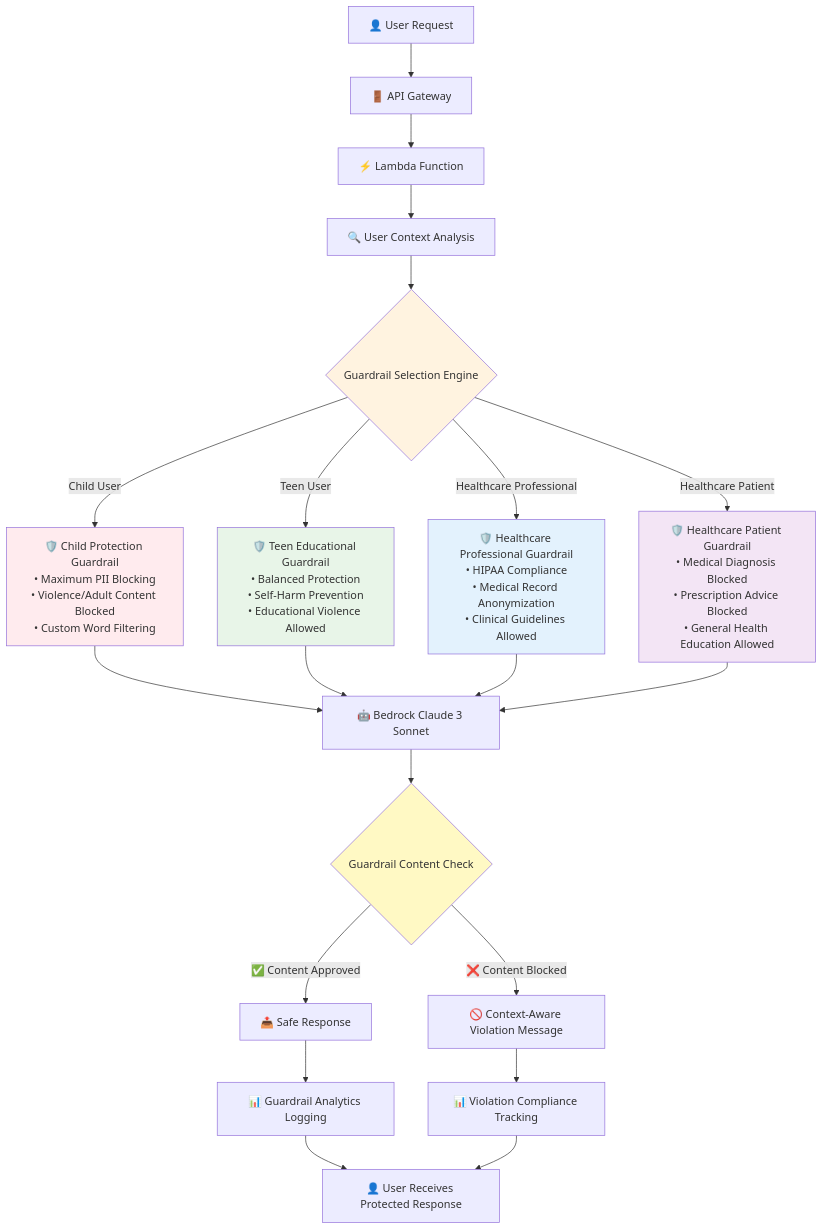
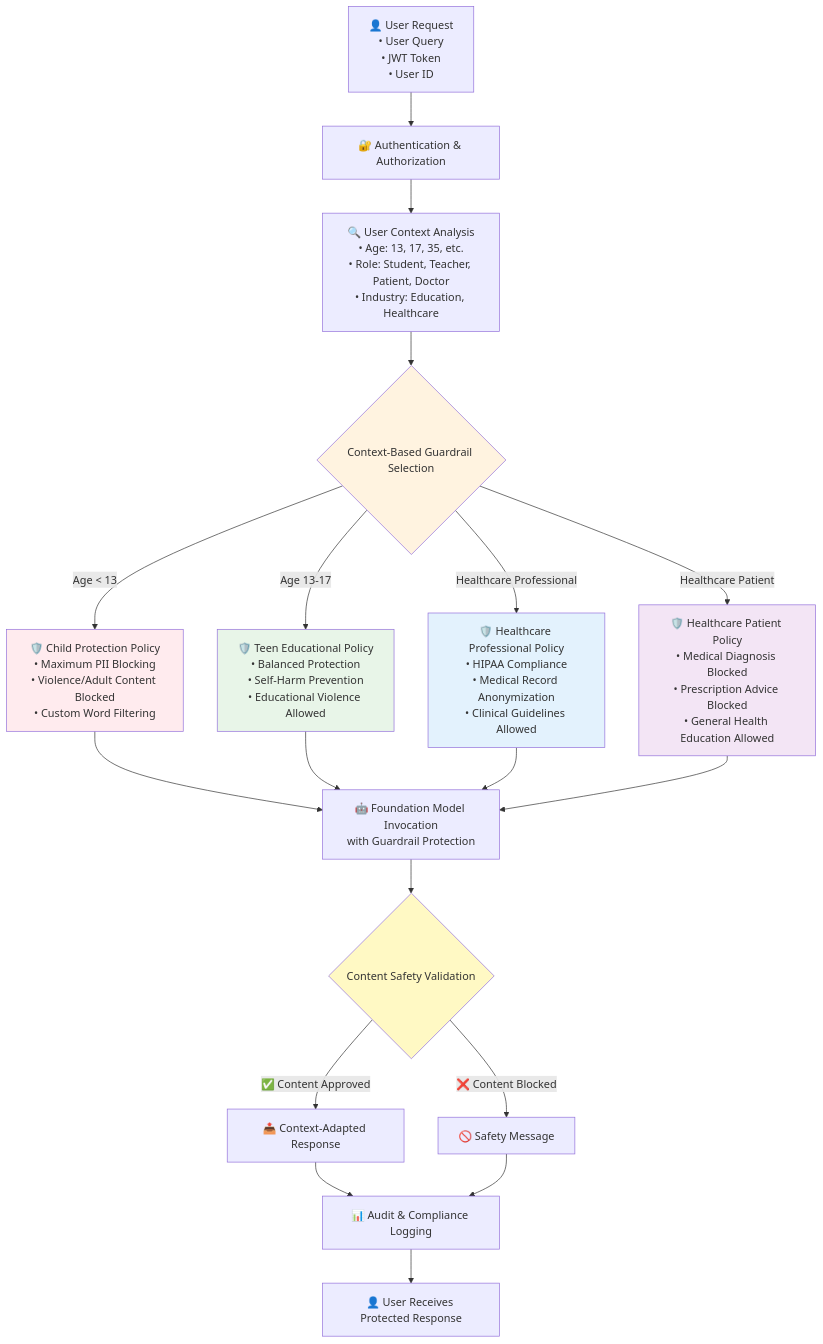
The first of 2 diagrams in README.md (aws-samples/sample-age-responsive-context-aware-ai-bedrock-guardrails), drawn with Mermaid before and after one commit. The commit also changed other lines of this file, not shown here.

````diff
--- a/README.md
+++ b/README.md
@@ -137,39 +137,37 @@
 ```mermaid
 graph TD
-    A[👤 User Request] --> B[🚪 API Gateway]
-    B --> C[⚡ Lambda Function]
-    C --> D[🔍 User Context Analysis]
+    A[👤 User Request<br/>• User Query<br/>• JWT Token<br/>• User ID] --> B[🔐 Authentication & Authorization]
+    B --> C[🔍 User Context Analysis<br/>• Age: 13, 17, 35, etc.<br/>• Role: Student, Teacher, Patient, Doctor<br/>• Industry: Education, Healthcare]
     
-    D --> E{Guardrail Selection Engine}
+    C --> D{Context-Based Guardrail Selection}
     
-    E -->|Child User| F[🛡️ Child Protection Guardrail<br/>• Maximum PII Blocking<br/>• Violence/Adult Content Blocked<br/>• Custom Word Filtering]
+    D -->|Age < 13| E[🛡️ Child Protection Policy<br/>• Maximum PII Blocking<br/>• Violence/Adult Content Blocked<br/>• Custom Word Filtering]
     
-    E -->|Teen User| G[🛡️ Teen Educational Guardrail<br/>• Balanced Protection<br/>• Self-Harm Prevention<br/>• Educational Violence Allowed]
+    D -->|Age 13-17| F[🛡️ Teen Educational Policy<br/>• Balanced Protection<br/>• Self-Harm Prevention<br/>• Educational Violence Allowed]
     
-    E -->|Healthcare Professional| H[🛡️ Healthcare Professional Guardrail<br/>• HIPAA Compliance<br/>• Medical Record Anonymization<br/>• Clinical Guidelines Allowed]
+    D -->|Healthcare Professional| G[🛡️ Healthcare Professional Policy<br/>• HIPAA Compliance<br/>• Medical Record Anonymization<br/>• Clinical Guidelines Allowed]
     
-    E -->|Healthcare Patient| I[🛡️ Healthcare Patient Guardrail<br/>• Medical Diagnosis Blocked<br/>• Prescription Advice Blocked<br/>• General Health Education Allowed]
+    D -->|Healthcare Patient| H[🛡️ Healthcare Patient Policy<br/>• Medical Diagnosis Blocked<br/>• Prescription Advice Blocked<br/>• General Health Education Allowed]
     
-    F --> J[🤖 Bedrock Claude 3 Sonnet]
-    G --> J
-    H --> J
-    I --> J
+    E --> I[🤖 Foundation Model Invocation<br/>with Guardrail Protection]
+    F --> I
+    G --> I
+    H --> I
     
-    J --> K{Guardrail Content Check}
+    I --> J{Content Safety Validation}
     
-    K -->|✅ Content Approved| L[📤 Safe Response]
-    K -->|❌ Content Blocked| M[🚫 Context-Aware Violation Message]
+    J -->|✅ Content Approved| K[📤 Context-Adapted Response]
+    J -->|❌ Content Blocked| L[🚫 Safety Message]
     
-    L --> N[📊 Guardrail Analytics Logging]
-    M --> O[📊 Violation Compliance Tracking]
+    K --> M[📊 Audit & Compliance Logging]
+    L --> M
     
-    N --> P[👤 User Receives Protected Response]
-    O --> P
+    M --> N[👤 User Receives Protected Response]
     
-    style E fill:#fff3e0
-    style F fill:#ffebee
-    style G fill:#e8f5e8
-    style H fill:#e3f2fd
-    style I fill:#f3e5f5
-    style K fill:#fff9c4
+    style D fill:#fff3e0
+    style E fill:#ffebee
+    style F fill:#e8f5e8
+    style G fill:#e3f2fd
+    style H fill:#f3e5f5
+    style J fill:#fff9c4
 ```
````
